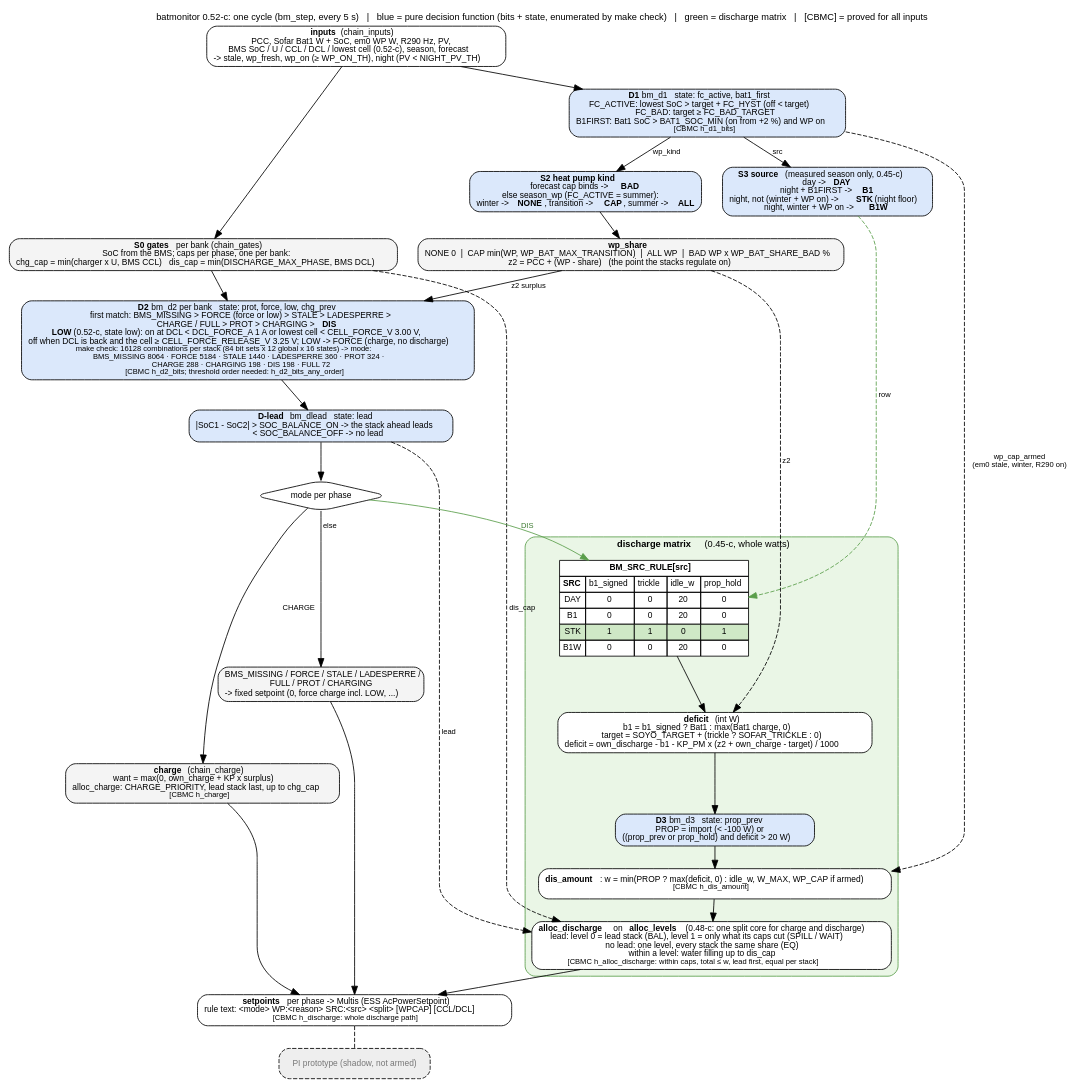
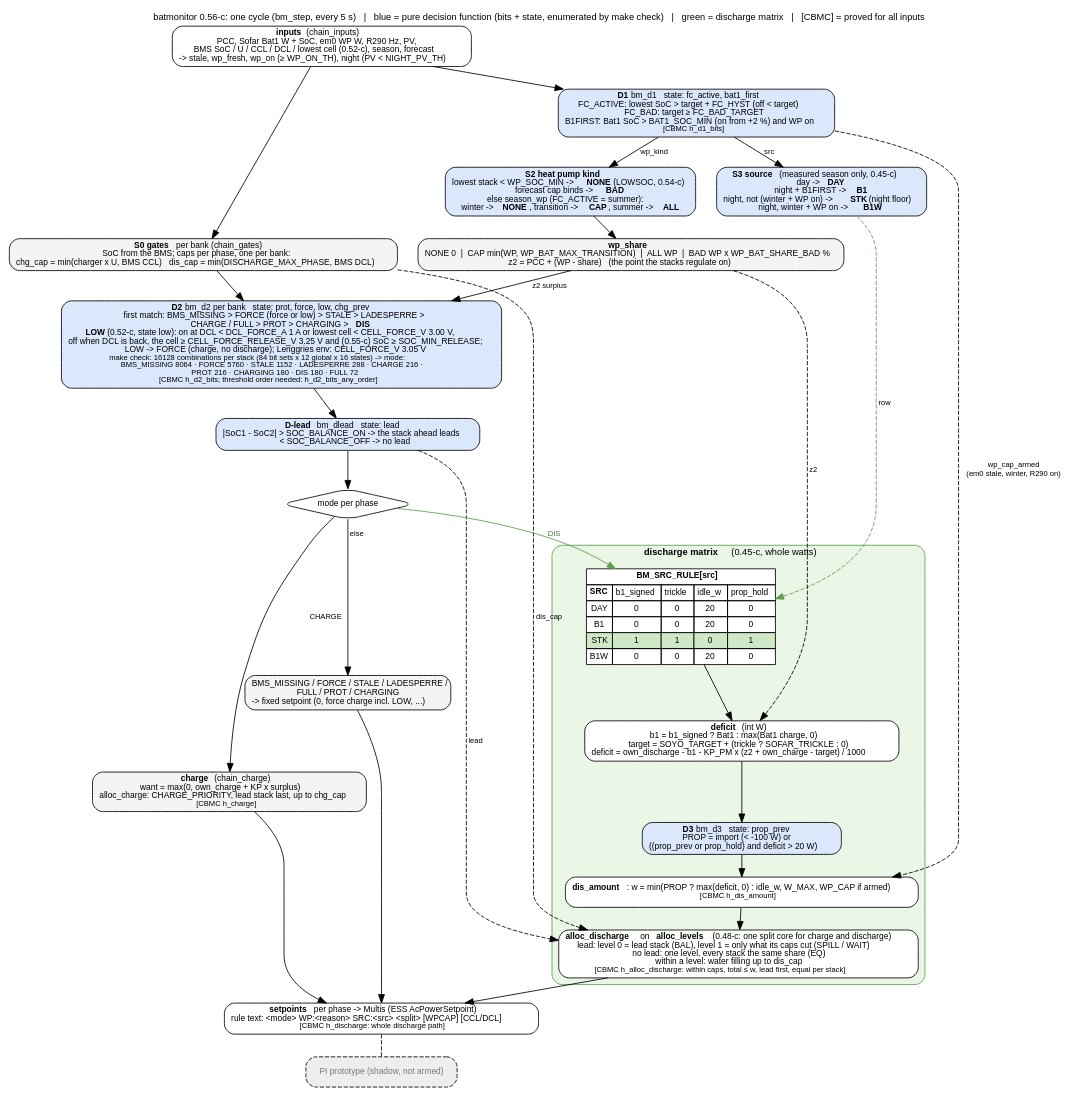
The diagram in docs/discharge_flow.dot (gerontec/victron), drawn with Graphviz before and after one commit. The commit also changed 15 other files, not shown here.

Commit message:
batmonitor 0.56-c: D6 WPPV - heat pump on PV, the stacks charge 50 % of it on top, the grid buys at most 2 kW; diagrams redrawn with the heat pump matrix

```diff
--- a/docs/discharge_flow.dot
+++ b/docs/discharge_flow.dot
@@ -1,75 +1,75 @@
 // batmonitor 0.45-c: decision flow of one cycle (bm_step), the discharge matrix highlighted.
 // render: dot -Tpdf discharge_flow.dot -o discharge_flow.pdf   (or -Tpng)
 digraph batmonitor {
 	graph [rankdir=TB, fontname="Helvetica", fontsize=11, nodesep=0.35, ranksep=0.35, newrank=true,
-		   label="batmonitor 0.52-c: one cycle (bm_step, every 5 s)   |   blue = pure decision function (bits + state, enumerated by make check)   |   green = discharge matrix   |   [CBMC] = proved for all inputs",
+		   label="batmonitor 0.56-c: one cycle (bm_step, every 5 s)   |   blue = pure decision function (bits + state, enumerated by make check)   |   green = discharge matrix   |   [CBMC] = proved for all inputs",
 		   labelloc=t];
 	node [shape=box, style="rounded,filled", fillcolor="#f4f4f4", fontname="Helvetica", fontsize=10];
 	edge [fontname="Helvetica", fontsize=9];
 
 	in [label=<<b>inputs</b> (chain_inputs)<br/>PCC, Sofar Bat1 W + SoC, em0 WP W, R290 Hz, PV,<br/>BMS SoC / U / CCL / DCL / lowest cell (0.52-c), season, forecast<br/>-&gt; stale, wp_fresh, wp_on (&ge; WP_ON_TH), night (PV &lt; NIGHT_PV_TH)>, fillcolor="#ffffff"];
 
 	d1 [label=<<b>D1</b> bm_d1   state: fc_active, bat1_first<br/>FC_ACTIVE: lowest SoC &gt; target + FC_HYST (off &lt; target)<br/>FC_BAD: target &ge; FC_BAD_TARGET<br/>B1FIRST: Bat1 SoC &gt; BAT1_SOC_MIN (on from +2 %) and WP on<br/><font point-size="9">[CBMC h_d1_bits]</font>>, fillcolor="#dbe8fb"];
 
 	src [label=<<b>S3 source</b> (measured season only, 0.45-c)<br/>day -&gt; <b>DAY</b><br/>night + B1FIRST -&gt; <b>B1</b><br/>night, not (winter + WP on) -&gt; <b>STK</b> (night floor)<br/>night, winter + WP on -&gt; <b>B1W</b>>, fillcolor="#dbe8fb"];
 
-	wpk [label=<<b>S2 heat pump kind</b><br/>forecast cap binds -&gt; <b>BAD</b><br/>else season_wp (FC_ACTIVE = summer):<br/>winter -&gt; <b>NONE</b>, transition -&gt; <b>CAP</b>, summer -&gt; <b>ALL</b>>, fillcolor="#dbe8fb"];
+	wpk [label=<<b>S2 heat pump kind</b><br/>lowest stack &lt; WP_SOC_MIN -&gt; <b>NONE</b> (LOWSOC, 0.54-c)<br/>forecast cap binds -&gt; <b>BAD</b><br/>else season_wp (FC_ACTIVE = summer):<br/>winter -&gt; <b>NONE</b>, transition -&gt; <b>CAP</b>, summer -&gt; <b>ALL</b>>, fillcolor="#dbe8fb"];
 
 	share [label=<<b>wp_share</b><br/>NONE 0  |  CAP min(WP, WP_BAT_MAX_TRANSITION)  |  ALL WP  |  BAD WP x WP_BAT_SHARE_BAD %<br/>z2 = PCC + (WP - share)   (the point the stacks regulate on)>];
 
 	gates [label=<<b>S0 gates</b> per bank (chain_gates)<br/>SoC from the BMS; caps per phase, one per bank:<br/>chg_cap = min(charger x U, BMS CCL)   dis_cap = min(DISCHARGE_MAX_PHASE, BMS DCL)>];
 
-	d2 [label=<<b>D2</b> bm_d2 per bank   state: prot, force, low, chg_prev<br/>first match: BMS_MISSING &gt; FORCE (force or low) &gt; STALE &gt; LADESPERRE &gt;<br/>CHARGE / FULL &gt; PROT &gt; CHARGING &gt; <b>DIS</b><br/><b>LOW</b> (0.52-c, state low): on at DCL &lt; DCL_FORCE_A 1 A or lowest cell &lt; CELL_FORCE_V 3.00 V,<br/>off when DCL is back and the cell &ge; CELL_FORCE_RELEASE_V 3.25 V; LOW -&gt; FORCE (charge, no discharge)<br/><font point-size="9">make check: 16128 combinations per stack (84 bit sets x 12 global x 16 states) -&gt; mode:<br/>BMS_MISSING 8064 · FORCE 5184 · STALE 1440 · LADESPERRE 360 · PROT 324 ·<br/>CHARGE 288 · CHARGING 198 · DIS 198 · FULL 72</font><br/><font point-size="9">[CBMC h_d2_bits; threshold order needed: h_d2_bits_any_order]</font>>, fillcolor="#dbe8fb"];
+	d2 [label=<<b>D2</b> bm_d2 per bank   state: prot, force, low, chg_prev<br/>first match: BMS_MISSING &gt; FORCE (force or low) &gt; STALE &gt; LADESPERRE &gt;<br/>CHARGE / FULL &gt; PROT &gt; CHARGING &gt; <b>DIS</b><br/><b>LOW</b> (0.52-c, state low): on at DCL &lt; DCL_FORCE_A 1 A or lowest cell &lt; CELL_FORCE_V 3.00 V,<br/>off when DCL is back, the cell &ge; CELL_FORCE_RELEASE_V 3.25 V and (0.55-c) SoC &ge; SOC_MIN_RELEASE;<br/>LOW -&gt; FORCE (charge, no discharge); Lenggries env: CELL_FORCE_V 3.05 V<br/><font point-size="9">make check: 16128 combinations per stack (84 bit sets x 12 global x 16 states) -&gt; mode:<br/>BMS_MISSING 8064 · FORCE 5760 · STALE 1152 · LADESPERRE 288 · CHARGE 216 ·<br/>PROT 216 · CHARGING 180 · DIS 180 · FULL 72</font><br/><font point-size="9">[CBMC h_d2_bits; threshold order needed: h_d2_bits_any_order]</font>>, fillcolor="#dbe8fb"];
 
 	lead [label=<<b>D-lead</b> bm_dlead   state: lead<br/>|SoC1 - SoC2| &gt; SOC_BALANCE_ON -&gt; the stack ahead leads<br/>&lt; SOC_BALANCE_OFF -&gt; no lead>, fillcolor="#dbe8fb"];
 
 	modesplit [label="mode per phase", shape=diamond, fillcolor="#ffffff"];
 	other [label=<BMS_MISSING / FORCE / STALE / LADESPERRE /<br/>FULL / PROT / CHARGING<br/>-&gt; fixed setpoint (0, force charge incl. LOW, ...)>];
 
 	subgraph cluster_dis {
 		label=<<b>discharge matrix</b> (0.45-c, whole watts)>; style="rounded,filled"; fillcolor="#eaf6e6"; color="#5a9e4b"; fontsize=11;
 		rule [shape=plain, fillcolor="#ffffff", label=<
 			<table border="0" cellborder="1" cellspacing="0" cellpadding="3" bgcolor="#ffffff">
 			<tr><td colspan="5"><b>BM_SRC_RULE[src]</b></td></tr>
 			<tr><td><b>SRC</b></td><td>b1_signed</td><td>trickle</td><td>idle_w</td><td>prop_hold</td></tr>
 			<tr><td>DAY</td><td>0</td><td>0</td><td>20</td><td>0</td></tr>
 			<tr><td>B1</td><td>0</td><td>0</td><td>20</td><td>0</td></tr>
 			<tr><td bgcolor="#cfe8c6">STK</td><td bgcolor="#cfe8c6">1</td><td bgcolor="#cfe8c6">1</td><td bgcolor="#cfe8c6">0</td><td bgcolor="#cfe8c6">1</td></tr>
 			<tr><td>B1W</td><td>0</td><td>0</td><td>20</td><td>0</td></tr>
 			</table>>];
 		deficit [label=<<b>deficit</b> (int W)<br/>b1 = b1_signed ? Bat1 : max(Bat1 charge, 0)<br/>target = SOYO_TARGET + (trickle ? SOFAR_TRICKLE : 0)<br/>deficit = own_discharge - b1 - KP_PM x (z2 + own_charge - target) / 1000>, fillcolor="#ffffff"];
 		d3 [label=<<b>D3</b> bm_d3   state: prop_prev<br/>PROP = import (&lt; -100 W) or<br/>((prop_prev or prop_hold) and deficit &gt; 20 W)>, fillcolor="#dbe8fb"];
 		amount [label=<<b>dis_amount</b>: w = min(PROP ? max(deficit, 0) : idle_w, W_MAX, WP_CAP if armed)<br/><font point-size="9">[CBMC h_dis_amount]</font>>, fillcolor="#ffffff"];
 		alloc [label=<<b>alloc_discharge</b> on <b>alloc_levels</b> (0.48-c: one split core for charge and discharge)<br/>lead: level 0 = lead stack (BAL), level 1 = only what its caps cut (SPILL / WAIT)<br/>no lead: one level, every stack the same share (EQ)<br/>within a level: water filling up to dis_cap<br/><font point-size="9">[CBMC h_alloc_discharge: within caps, total &le; w, lead first, equal per stack]</font>>, fillcolor="#ffffff"];
 		rule -> deficit -> d3 -> amount -> alloc;
 	}
 
 	chg [label=<<b>charge</b> (chain_charge)<br/>want = max(0, own_charge + KP x surplus)<br/>alloc_charge: CHARGE_PRIORITY, lead stack last, up to chg_cap<br/><font point-size="9">[CBMC h_charge]</font>>];
 
 	out [label=<<b>setpoints</b> per phase -&gt; Multis (ESS AcPowerSetpoint)<br/>rule text: &lt;mode&gt; WP:&lt;reason&gt; SRC:&lt;src&gt; &lt;split&gt; [WPCAP] [CCL/DCL]<br/><font point-size="9">[CBMC h_discharge: whole discharge path]</font>>, fillcolor="#ffffff"];
 	pi [label="PI prototype (shadow, not armed)", fillcolor="#eeeeee", fontcolor="#777777", style="rounded,filled,dashed"];
 
 	in -> d1;
 	d1 -> src [label=" src"];
 	d1 -> wpk [label=" wp_kind"];
 	wpk -> share;
 	in -> gates;
 	share -> d2 [label=" z2 surplus"];
 	gates -> d2;
 	d2 -> lead;
 	lead -> modesplit;
 	modesplit -> rule [label=" DIS", color="#5a9e4b", fontcolor="#3c7a30"];
 	modesplit -> chg [label=" CHARGE"];
 	modesplit -> other [label=" else"];
 	src -> rule [color="#5a9e4b", style=dashed, label=" row"];
 	share -> deficit [style=dashed, label=" z2"];
 	d1 -> amount [style=dashed, label=" wp_cap_armed\n(em0 stale, winter, R290 on)"];
 	gates -> alloc [style=dashed, label=" dis_cap"];
 	lead -> alloc [style=dashed, label=" lead"];
 	alloc -> out;
 	chg -> out;
 	other -> out;
 	out -> pi [style=dashed, arrowhead=none];
 
 	{rank=same; src; wpk;}
 }
```
